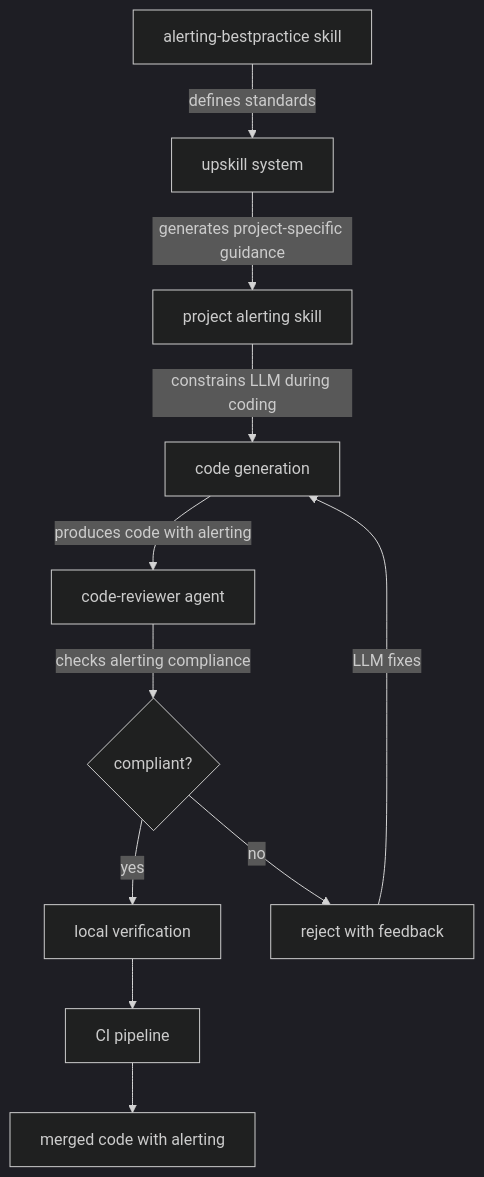
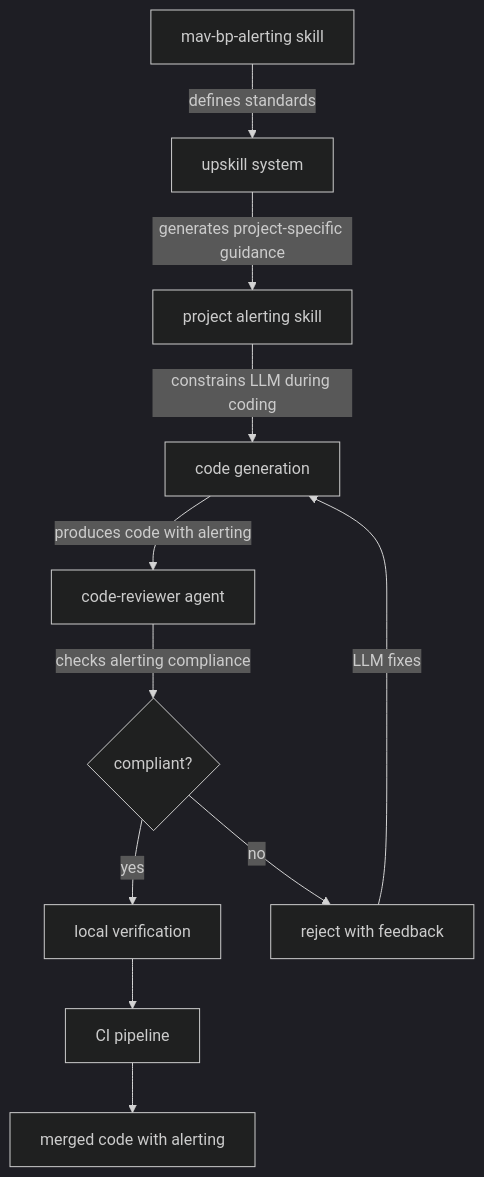
Before and after one commit to thermiteau/maverick-private: the first of 2 diagrams in docs/alerting-standards.md, drawn with Mermaid (dark theme). The commit also changed other lines of this file and 57 other files, not shown here.

````diff
--- a/docs/alerting-standards.md
+++ b/docs/alerting-standards.md
@@ -45,13 +45,13 @@
 ```mermaid
 flowchart TD
-    A[alerting-bestpractice skill] -->|defines standards| B[upskill system]
+    A[mav-bp-alerting skill] -->|defines standards| B[upskill system]
     B -->|generates project-specific guidance| C[project alerting skill]
     C -->|constrains LLM during coding| D[code generation]
     D -->|produces code with alerting| E[code-reviewer agent]
     E -->|checks alerting compliance| F{compliant?}
     F -->|yes| G[local verification]
     F -->|no| H[reject with feedback]
     H -->|LLM fixes| D
     G --> I[CI pipeline]
     I --> J[merged code with alerting]
 ```
````
